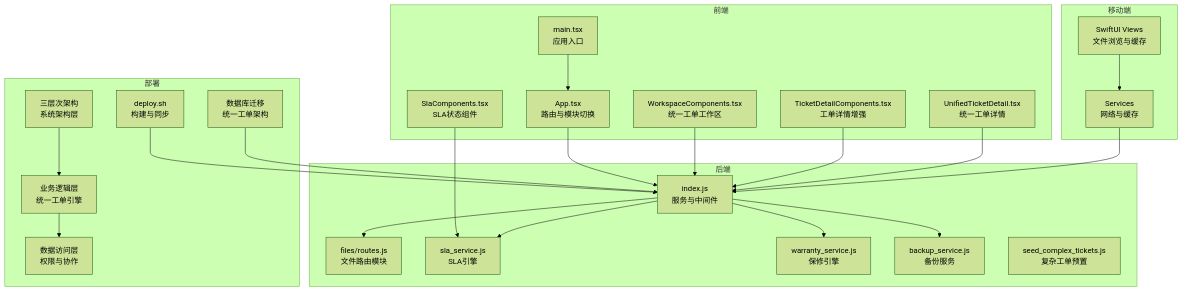
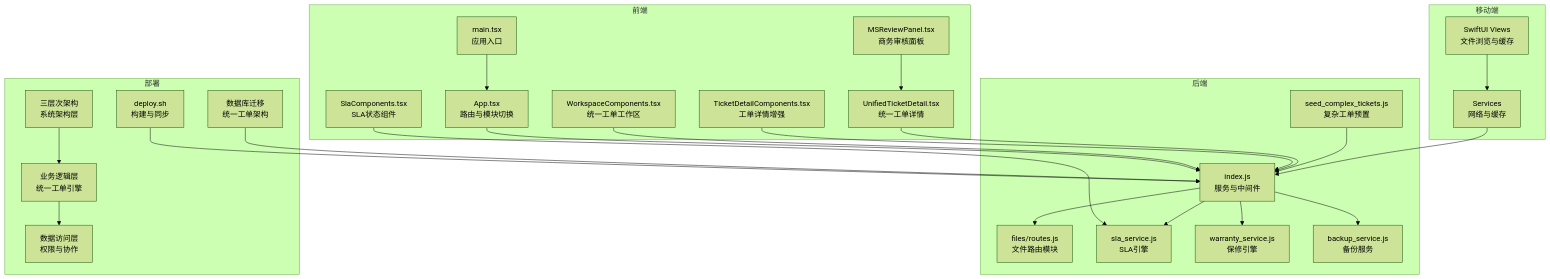
The second of 8 diagrams in .qoder/repowiki/zh/content/Development Logs.md (CubeEdge/Longhorn), drawn with Mermaid (forest theme) before and after one commit. The commit also changed other lines of this file and 29 other files, not shown here.

````diff
--- a/.qoder/repowiki/zh/content/Development Logs.md
+++ b/.qoder/repowiki/zh/content/Development Logs.md
@@ -163,46 +164,49 @@
 ```mermaid
 graph TB
 subgraph "前端"
 A["App.tsx<br/>路由与模块切换"]
 B["main.tsx<br/>应用入口"]
 C["WorkspaceComponents.tsx<br/>统一工单工作区"]
 D["TicketDetailComponents.tsx<br/>工单详情增强"]
 E["UnifiedTicketDetail.tsx<br/>统一工单详情"]
-F["SlaComponents.tsx<br/>SLA状态组件"]
+F["MSReviewPanel.tsx<br/>商务审核面板"]
+G["SlaComponents.tsx<br/>SLA状态组件"]
 end
 subgraph "后端"
-G["index.js<br/>服务与中间件"]
-H["files/routes.js<br/>文件路由模块"]
-I["sla_service.js<br/>SLA引擎"]
-J["warranty_service.js<br/>保修引擎"]
-K["backup_service.js<br/>备份服务"]
-L["seed_complex_tickets.js<br/>复杂工单预置"]
+H["index.js<br/>服务与中间件"]
+I["files/routes.js<br/>文件路由模块"]
+J["sla_service.js<br/>SLA引擎"]
+K["warranty_service.js<br/>保修引擎"]
+L["backup_service.js<br/>备份服务"]
+M["seed_complex_tickets.js<br/>复杂工单预置"]
 end
 subgraph "移动端"
-M["SwiftUI Views<br/>文件浏览与缓存"]
-N["Services<br/>网络与缓存"]
+N["SwiftUI Views<br/>文件浏览与缓存"]
+O["Services<br/>网络与缓存"]
 end
 subgraph "部署"
-O["deploy.sh<br/>构建与同步"]
-P["数据库迁移<br/>统一工单架构"]
-Q["三层次架构<br/>系统架构层"]
-R["业务逻辑层<br/>统一工单引擎"]
-S["数据访问层<br/>权限与协作"]
+P["deploy.sh<br/>构建与同步"]
+Q["数据库迁移<br/>统一工单架构"]
+R["三层次架构<br/>系统架构层"]
+S["业务逻辑层<br/>统一工单引擎"]
+T["数据访问层<br/>权限与协作"]
 end
-A --> G
+A --> H
 B --> A
-C --> G
-D --> G
-E --> G
-F --> I
-G --> H
-G --> I
+C --> H
+D --> H
+E --> H
+F --> E
 G --> J
-G --> K
-M --> N
-N --> G
-O --> G
-P --> G
-Q --> R
+H --> I
+H --> J
+H --> K
+H --> L
+M --> H
+N --> O
+O --> H
+P --> H
+Q --> H
 R --> S
+S --> T
 ```
````
